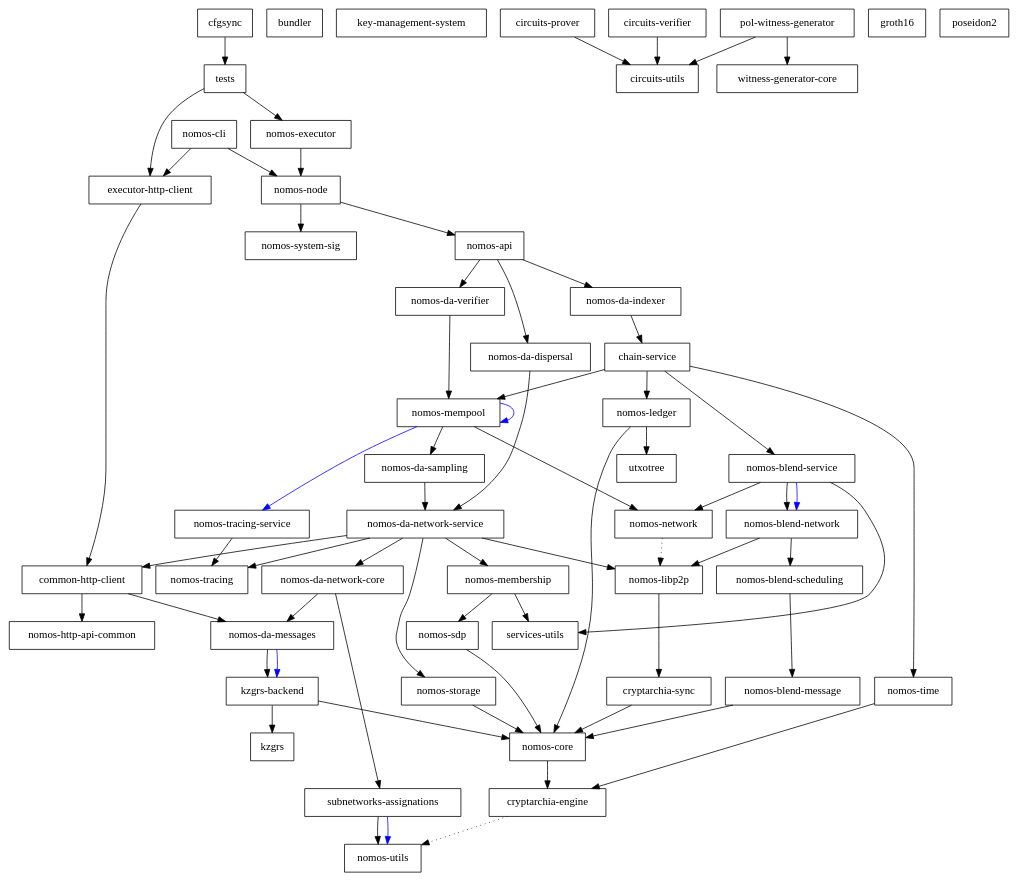
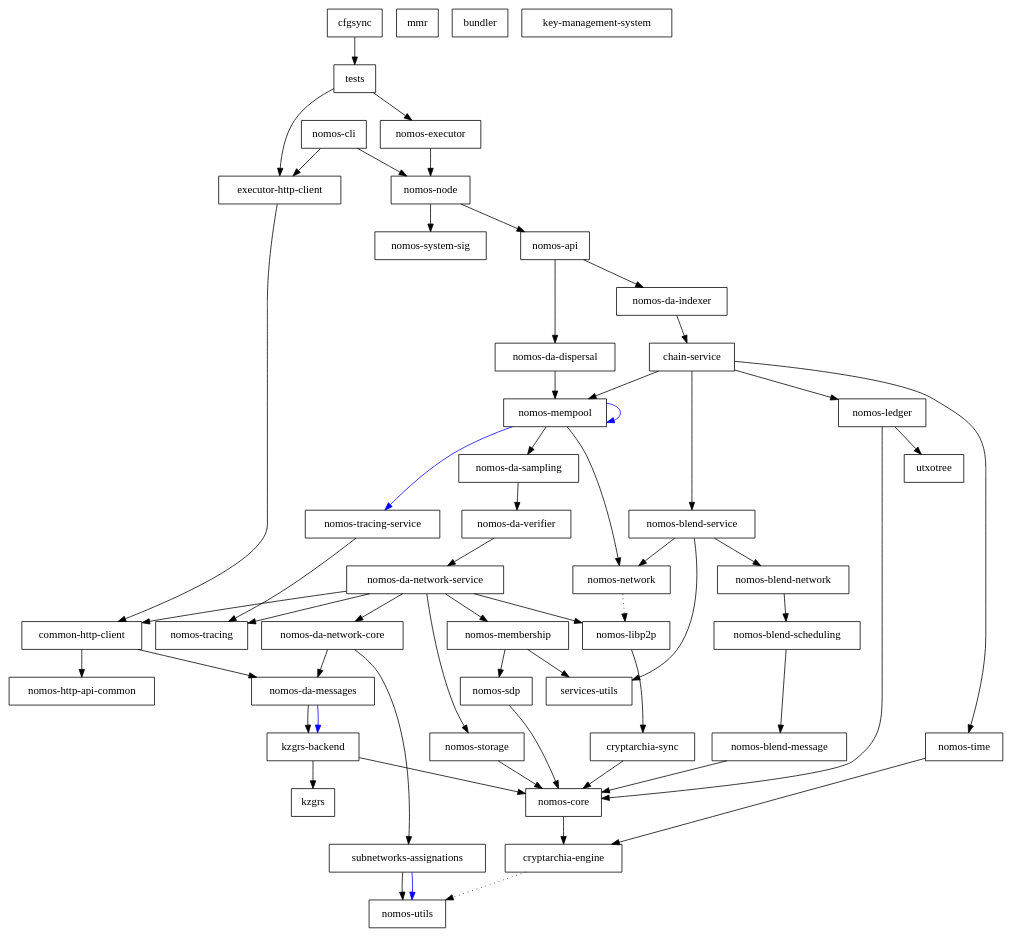
One commit to logos-co/nomos changed the diagram in dependencies_graph.dot. Above: the diagram before and after it, drawn with Graphviz. The commit also changed 2 other files, not shown here.

```diff
--- a/dependencies_graph.dot
+++ b/dependencies_graph.dot
@@ -1,117 +1,104 @@
 digraph {
     0 [ label = "cryptarchia-engine" shape = box]
     1 [ label = "nomos-utils" shape = box]
     2 [ label = "cryptarchia-sync" shape = box]
     3 [ label = "nomos-core" shape = box]
     4 [ label = "nomos-ledger" shape = box]
     5 [ label = "utxotree" shape = box]
-    6 [ label = "nomos-http-api-common" shape = box]
-    7 [ label = "nomos-executor" shape = box]
-    8 [ label = "kzgrs-backend" shape = box]
-    9 [ label = "kzgrs" shape = box]
-    10 [ label = "nomos-api" shape = box]
-    11 [ label = "chain-service" shape = box]
-    12 [ label = "nomos-blend-service" shape = box]
-    13 [ label = "nomos-blend-message" shape = box]
-    14 [ label = "nomos-blend-network" shape = box]
-    15 [ label = "nomos-blend-scheduling" shape = box]
-    16 [ label = "nomos-libp2p" shape = box]
-    17 [ label = "nomos-network" shape = box]
-    18 [ label = "services-utils" shape = box]
-    19 [ label = "nomos-da-sampling" shape = box]
-    20 [ label = "nomos-da-network-core" shape = box]
-    21 [ label = "nomos-da-messages" shape = box]
-    22 [ label = "subnetworks-assignations" shape = box]
-    23 [ label = "nomos-da-network-service" shape = box]
-    24 [ label = "common-http-client" shape = box]
-    25 [ label = "nomos-membership" shape = box]
-    26 [ label = "nomos-sdp" shape = box]
-    27 [ label = "nomos-storage" shape = box]
-    28 [ label = "nomos-tracing" shape = box]
-    29 [ label = "nomos-mempool" shape = box]
-    30 [ label = "nomos-tracing-service" shape = box]
-    31 [ label = "nomos-time" shape = box]
-    32 [ label = "nomos-da-dispersal" shape = box]
-    33 [ label = "nomos-da-indexer" shape = box]
-    34 [ label = "nomos-da-verifier" shape = box]
-    35 [ label = "nomos-node" shape = box]
-    36 [ label = "nomos-system-sig" shape = box]
-    37 [ label = "executor-http-client" shape = box]
-    38 [ label = "bundler" shape = box]
-    39 [ label = "nomos-cli" shape = box]
-    40 [ label = "key-management-system" shape = box]
-    41 [ label = "cfgsync" shape = box]
-    42 [ label = "tests" shape = box]
-    43 [ label = "circuits-prover" shape = box]
-    44 [ label = "circuits-utils" shape = box]
-    45 [ label = "circuits-verifier" shape = box]
-    46 [ label = "witness-generator-core" shape = box]
-    47 [ label = "pol-witness-generator" shape = box]
-    48 [ label = "groth16" shape = box]
-    49 [ label = "poseidon2" shape = box]
+    6 [ label = "mmr" shape = box]
+    7 [ label = "nomos-http-api-common" shape = box]
+    8 [ label = "nomos-executor" shape = box]
+    9 [ label = "kzgrs-backend" shape = box]
+    10 [ label = "kzgrs" shape = box]
+    11 [ label = "nomos-api" shape = box]
+    12 [ label = "chain-service" shape = box]
+    13 [ label = "nomos-blend-service" shape = box]
+    14 [ label = "nomos-blend-message" shape = box]
+    15 [ label = "nomos-blend-network" shape = box]
+    16 [ label = "nomos-blend-scheduling" shape = box]
+    17 [ label = "nomos-libp2p" shape = box]
+    18 [ label = "nomos-network" shape = box]
+    19 [ label = "services-utils" shape = box]
+    20 [ label = "nomos-da-sampling" shape = box]
+    21 [ label = "nomos-da-network-core" shape = box]
+    22 [ label = "nomos-da-messages" shape = box]
+    23 [ label = "subnetworks-assignations" shape = box]
+    24 [ label = "nomos-da-network-service" shape = box]
+    25 [ label = "common-http-client" shape = box]
+    26 [ label = "nomos-membership" shape = box]
+    27 [ label = "nomos-sdp" shape = box]
+    28 [ label = "nomos-storage" shape = box]
+    29 [ label = "nomos-tracing" shape = box]
+    30 [ label = "nomos-da-verifier" shape = box]
+    31 [ label = "nomos-mempool" shape = box]
+    32 [ label = "nomos-tracing-service" shape = box]
+    33 [ label = "nomos-time" shape = box]
+    34 [ label = "nomos-da-dispersal" shape = box]
+    35 [ label = "nomos-da-indexer" shape = box]
+    36 [ label = "nomos-node" shape = box]
+    37 [ label = "nomos-system-sig" shape = box]
+    38 [ label = "executor-http-client" shape = box]
+    39 [ label = "bundler" shape = box]
+    40 [ label = "nomos-cli" shape = box]
+    41 [ label = "key-management-system" shape = box]
+    42 [ label = "cfgsync" shape = box]
+    43 [ label = "tests" shape = box]
     0 -> 1 [ style = dotted]
     2 -> 3 [ ]
     3 -> 0 [ ]
     4 -> 3 [ ]
     4 -> 5 [ ]
-    7 -> 35 [ ]
-    8 -> 9 [ ]
-    8 -> 3 [ ]
-    10 -> 32 [ ]
-    10 -> 33 [ ]
-    10 -> 34 [ ]
-    11 -> 12 [ ]
-    11 -> 4 [ ]
-    11 -> 29 [ ]
-    11 -> 31 [ ]
-    12 -> 14 [ ]
-    12 -> 14 [ color = blue]
-    12 -> 17 [ ]
-    12 -> 18 [ ]
-    13 -> 3 [ ]
-    14 -> 15 [ ]
-    14 -> 16 [ ]
-    15 -> 13 [ ]
-    16 -> 2 [ ]
-    17 -> 16 [ style = dotted]
-    19 -> 23 [ ]
-    20 -> 21 [ ]
-    20 -> 22 [ ]
-    21 -> 8 [ ]
-    21 -> 8 [ color = blue]
-    22 -> 1 [ ]
-    22 -> 1 [ color = blue]
-    23 -> 24 [ ]
-    23 -> 20 [ ]
-    23 -> 16 [ ]
-    23 -> 25 [ ]
-    23 -> 27 [ ]
-    23 -> 28 [ ]
+    8 -> 36 [ ]
+    9 -> 10 [ ]
+    9 -> 3 [ ]
+    11 -> 34 [ ]
+    11 -> 35 [ ]
+    12 -> 13 [ ]
+    12 -> 4 [ ]
+    12 -> 31 [ ]
+    12 -> 33 [ ]
+    13 -> 15 [ ]
+    13 -> 18 [ ]
+    13 -> 19 [ ]
+    14 -> 3 [ ]
+    15 -> 16 [ ]
+    16 -> 14 [ ]
+    17 -> 2 [ ]
+    18 -> 17 [ style = dotted]
+    20 -> 30 [ ]
+    21 -> 22 [ ]
+    21 -> 23 [ ]
+    22 -> 9 [ ]
+    22 -> 9 [ color = blue]
+    23 -> 1 [ ]
+    23 -> 1 [ color = blue]
+    24 -> 25 [ ]
     24 -> 21 [ ]
-    24 -> 6 [ ]
-    25 -> 26 [ ]
-    25 -> 18 [ ]
-    26 -> 3 [ ]
+    24 -> 17 [ ]
+    24 -> 26 [ ]
+    24 -> 28 [ ]
+    24 -> 29 [ ]
+    25 -> 22 [ ]
+    25 -> 7 [ ]
+    26 -> 27 [ ]
+    26 -> 19 [ ]
     27 -> 3 [ ]
-    29 -> 19 [ ]
-    29 -> 29 [ color = blue]
-    29 -> 17 [ ]
-    29 -> 30 [ color = blue]
-    30 -> 28 [ ]
-    31 -> 0 [ ]
-    32 -> 23 [ ]
-    33 -> 11 [ ]
-    34 -> 29 [ ]
-    35 -> 10 [ ]
-    35 -> 36 [ ]
-    37 -> 24 [ ]
-    39 -> 37 [ ]
-    39 -> 35 [ ]
-    41 -> 42 [ ]
-    42 -> 37 [ ]
-    42 -> 7 [ ]
-    43 -> 44 [ ]
-    45 -> 44 [ ]
-    47 -> 44 [ ]
-    47 -> 46 [ ]
+    28 -> 3 [ ]
+    30 -> 24 [ ]
+    31 -> 20 [ ]
+    31 -> 31 [ color = blue]
+    31 -> 18 [ ]
+    31 -> 32 [ color = blue]
+    32 -> 29 [ ]
+    33 -> 0 [ ]
+    34 -> 31 [ ]
+    35 -> 12 [ ]
+    36 -> 11 [ ]
+    36 -> 37 [ ]
+    38 -> 25 [ ]
+    40 -> 38 [ ]
+    40 -> 36 [ ]
+    42 -> 43 [ ]
+    43 -> 38 [ ]
+    43 -> 8 [ ]
 }
```
